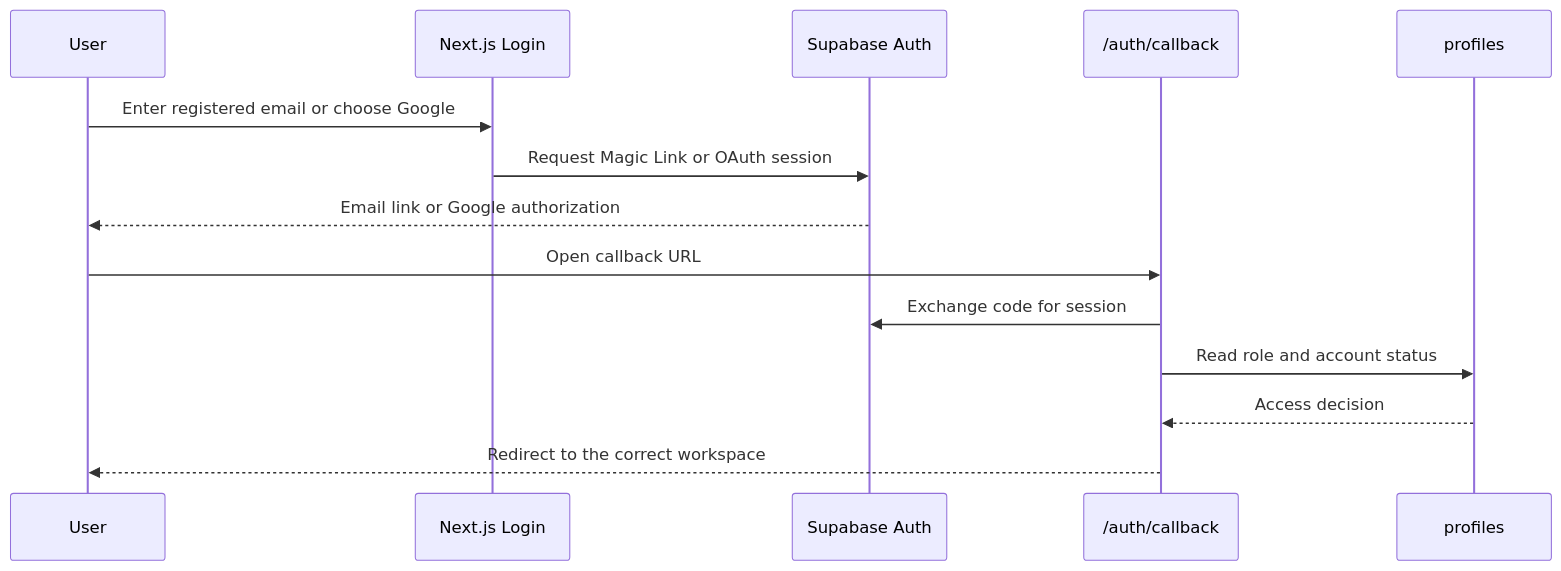
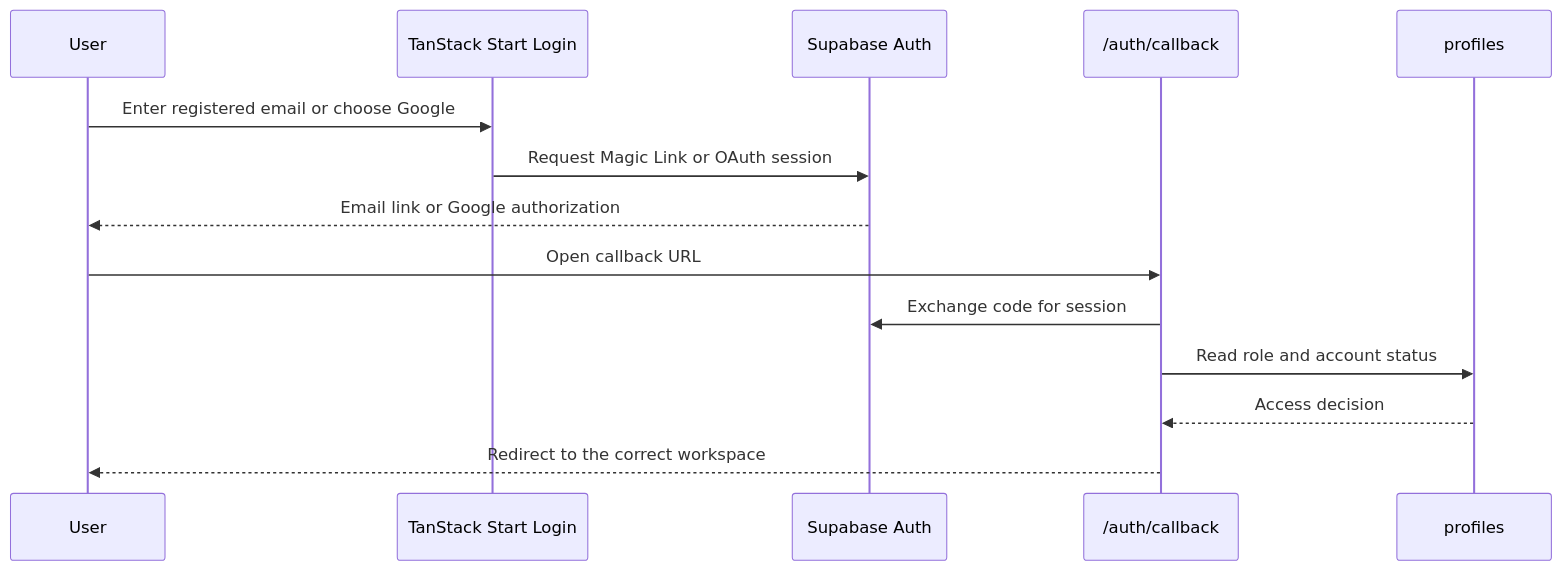
Before and after one commit to BEM-FILKOM-UNIDA/absendulu: the third of 4 diagrams in README.md, drawn with Mermaid. The commit also changed other lines of this file and 134 other files, not shown here.

Commit message:
refactor: migrate application to TanStack Start

````diff
--- a/README.md
+++ b/README.md
@@ -184,17 +184,17 @@
 ```mermaid
 sequenceDiagram
     participant User
-    participant Web as Next.js Login
+    participant Web as TanStack Start Login
     participant Auth as Supabase Auth
     participant Callback as /auth/callback
     participant Profile as profiles
 
     User->>Web: Enter registered email or choose Google
     Web->>Auth: Request Magic Link or OAuth session
     Auth-->>User: Email link or Google authorization
     User->>Callback: Open callback URL
     Callback->>Auth: Exchange code for session
     Callback->>Profile: Read role and account status
     Profile-->>Callback: Access decision
     Callback-->>User: Redirect to the correct workspace
 ```
````
